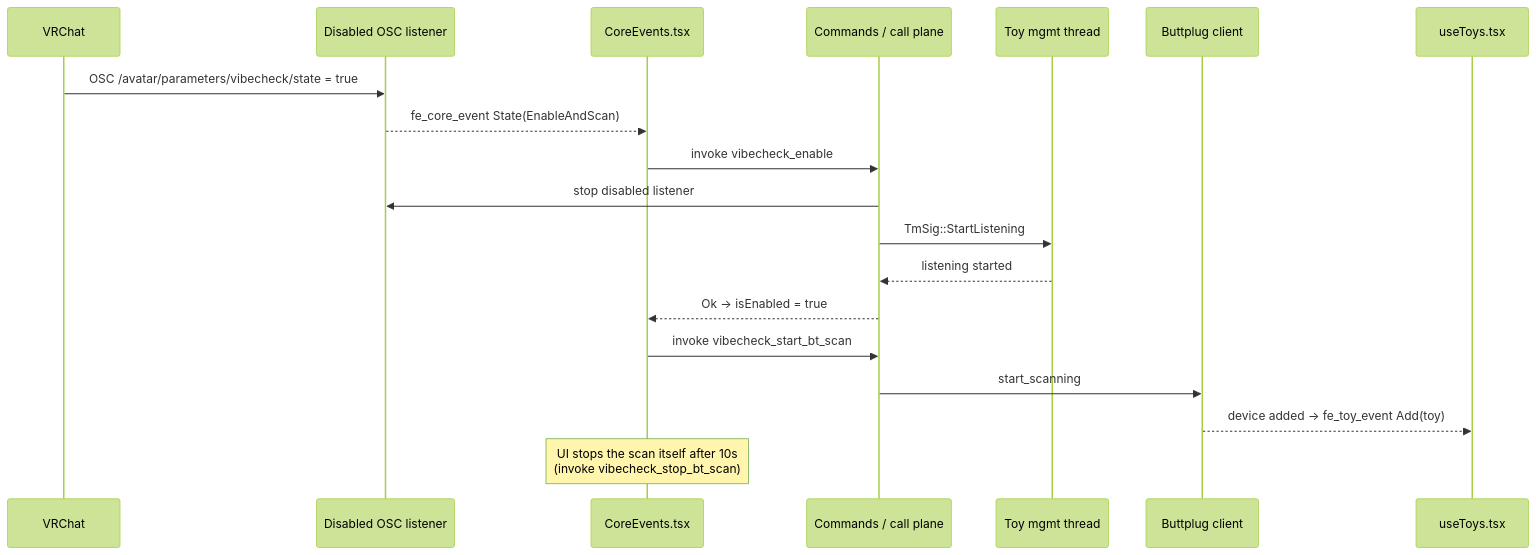
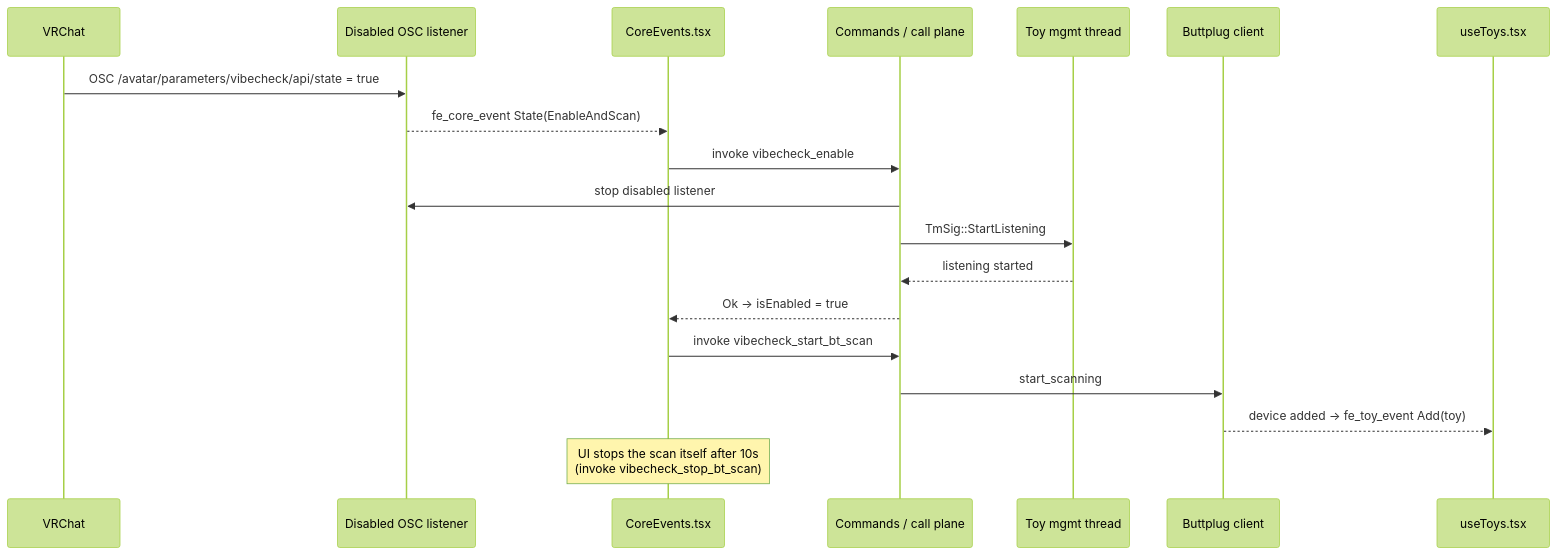
One commit to SutekhVRC/VibeCheck changed the diagram in docs/ipc/enable-round-trip.md. Above: the diagram before and after it, drawn with Mermaid (forest theme). The commit also changed 9 other files, not shown here.

First line of the commit message:
Turn VibeCheck on with vibecheck/api/state too; 0.6.6 (#79)

````diff
--- a/docs/ipc/enable-round-trip.md
+++ b/docs/ipc/enable-round-trip.md
@@ -7,22 +7,22 @@
 ```mermaid
 sequenceDiagram
   participant VRC as VRChat
   participant DL as Disabled OSC listener
   participant CE as CoreEvents.tsx
   participant CP as Commands / call plane
   participant TM as Toy mgmt thread
   participant BP as Buttplug client
   participant UT as useToys.tsx
 
-  VRC->>DL: OSC /avatar/parameters/vibecheck/state = true
+  VRC->>DL: OSC /avatar/parameters/vibecheck/api/state = true
   DL-->>CE: fe_core_event State(EnableAndScan)
   CE->>CP: invoke vibecheck_enable
   CP->>DL: stop disabled listener
   CP->>TM: TmSig::StartListening
   TM-->>CP: listening started
   CP-->>CE: Ok → isEnabled = true
   CE->>CP: invoke vibecheck_start_bt_scan
   CP->>BP: start_scanning
   BP-->>UT: device added → fe_toy_event Add(toy)
   Note over CE: UI stops the scan itself after 10s<br/>(invoke vibecheck_stop_bt_scan)
 ```
````
